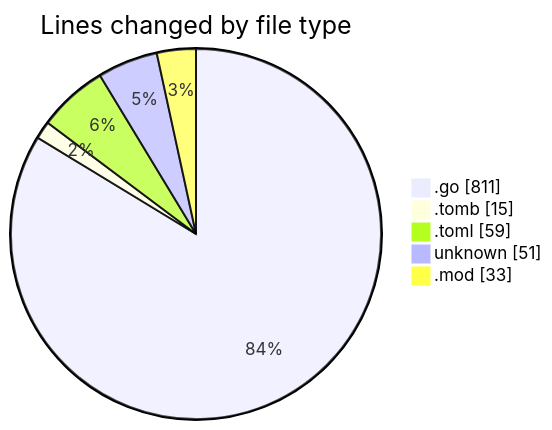
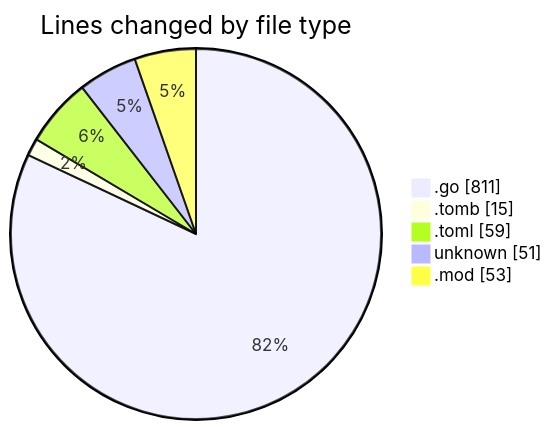
Before and after one commit to Ritupan-Deka/code-tracking: the first of 2 diagrams in 2025-10-31/backend/README.md, drawn with Mermaid. The commit also changed other lines of this file and 1 other file, not shown here.

````diff
--- a/2025-10-31/backend/README.md
+++ b/2025-10-31/backend/README.md
@@ -29,9 +29,9 @@
 ```mermaid
 pie showData
 title Lines changed by file type
 ".go" : 811
 ".tomb" : 15
 ".toml" : 59
 "unknown" : 51
-".mod" : 33
+".mod" : 53
 ```
````
